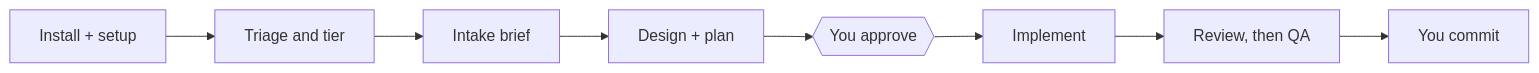
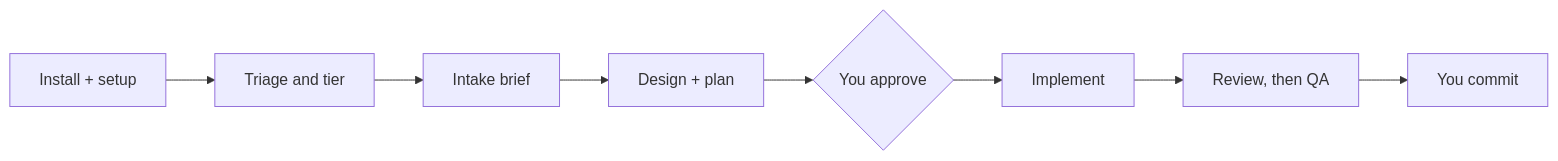
The diagram in site/_docs/example-workflow.md (addit-digital/addit-harness), drawn with Mermaid before and after one commit. The commit also changed 25 other files, not shown here.

````diff
--- a/site/_docs/example-workflow.md
+++ b/site/_docs/example-workflow.md
@@ -14,10 +14,10 @@
 ```mermaid
 flowchart LR
     A[Install + setup] --> B[Triage and tier]
     B --> C[Intake brief]
     C --> D[Design + plan]
-    D --> G{{You approve}}
+    D --> G{You approve}
     G --> E[Implement]
     E --> F[Review, then QA]
     F --> H[You commit]
 ```
````
